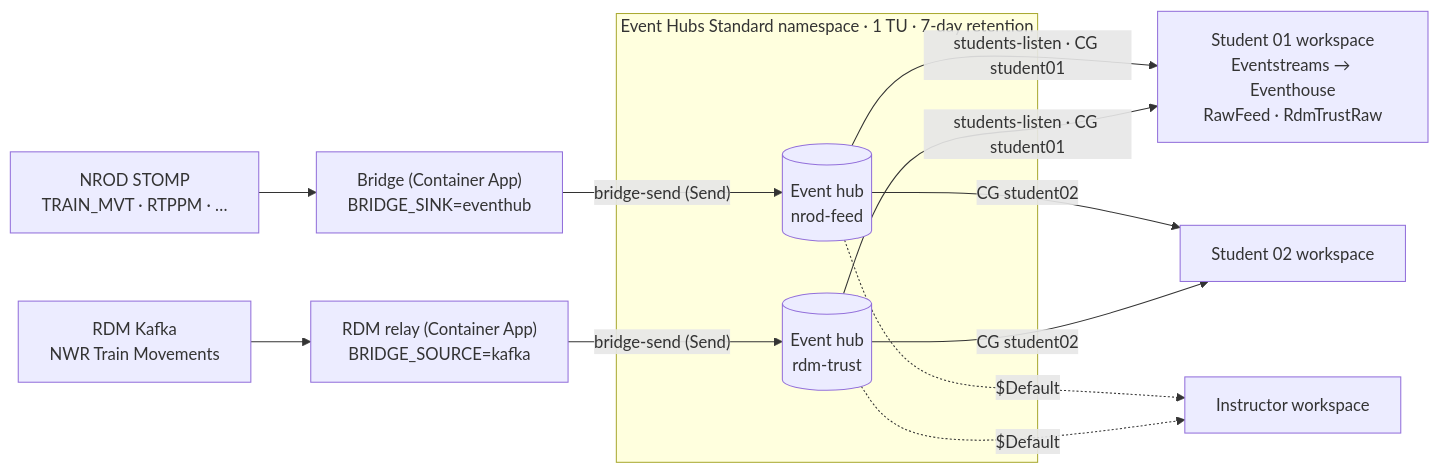
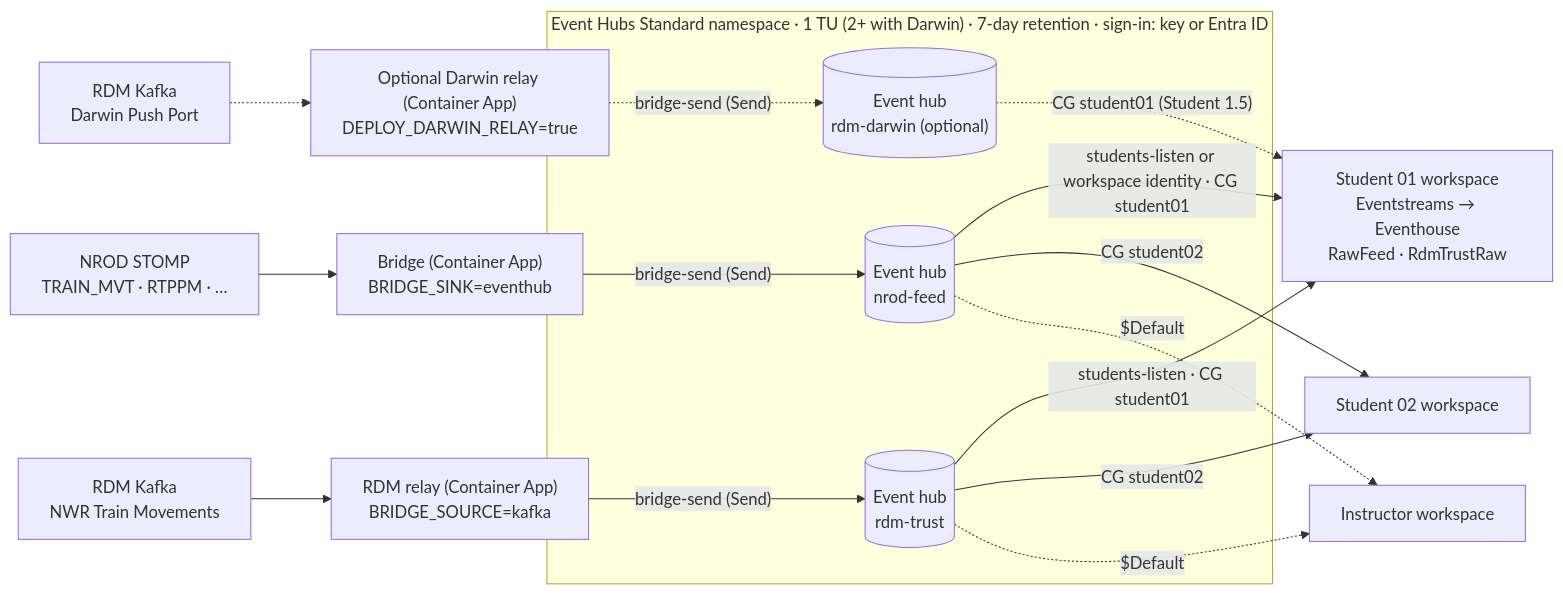
The first of 2 diagrams in docs/instructor/1.4-shared-event-hub.md (ShaneOsborne/Real-Time-Rail-Intelligence-on-Microsoft-Fabric), drawn with Mermaid before and after one commit. The commit also changed 14 other files, not shown here.

First line of the commit message:
Enhance documentation and code for Darwin relay and Event Hubs integration

````diff
--- a/docs/instructor/1.4-shared-event-hub.md
+++ b/docs/instructor/1.4-shared-event-hub.md
@@ -47,17 +47,21 @@
 ```mermaid
 flowchart LR
   NROD["NROD STOMP<br/>TRAIN_MVT · RTPPM · …"] --> BR["Bridge (Container App)<br/>BRIDGE_SINK=eventhub"]
   RDM["RDM Kafka<br/>NWR Train Movements"] --> RL["RDM relay (Container App)<br/>BRIDGE_SOURCE=kafka"]
   BR -- "bridge-send (Send)" --> H1[("Event hub<br/>nrod-feed")]
   RL -- "bridge-send (Send)" --> H2[("Event hub<br/>rdm-trust")]
-  subgraph NS["Event Hubs Standard namespace · 1 TU · 7-day retention"]
+  RDMD["RDM Kafka<br/>Darwin Push Port"] -.-> DR["Optional Darwin relay (Container App)<br/>DEPLOY_DARWIN_RELAY=true"]
+  DR -. "bridge-send (Send)" .-> H3[("Event hub<br/>rdm-darwin (optional)")]
+  subgraph NS["Event Hubs Standard namespace · 1 TU (2+ with Darwin) · 7-day retention · sign-in: key or Entra ID"]
     H1
     H2
+    H3
   end
-  H1 -- "students-listen · CG student01" --> S1["Student 01 workspace<br/>Eventstreams → Eventhouse<br/>RawFeed · RdmTrustRaw"]
+  H1 -- "students-listen or workspace identity · CG student01" --> S1["Student 01 workspace<br/>Eventstreams → Eventhouse<br/>RawFeed · RdmTrustRaw"]
+  H3 -. "CG student01 (Student 1.5)" .-> S1
   H2 -- "students-listen · CG student01" --> S1
   H1 -- "CG student02" --> S2["Student 02 workspace"]
   H2 -- "CG student02" --> S2
   H1 -. "$Default" .-> I["Instructor workspace"]
   H2 -. "$Default" .-> I
 ```
````
